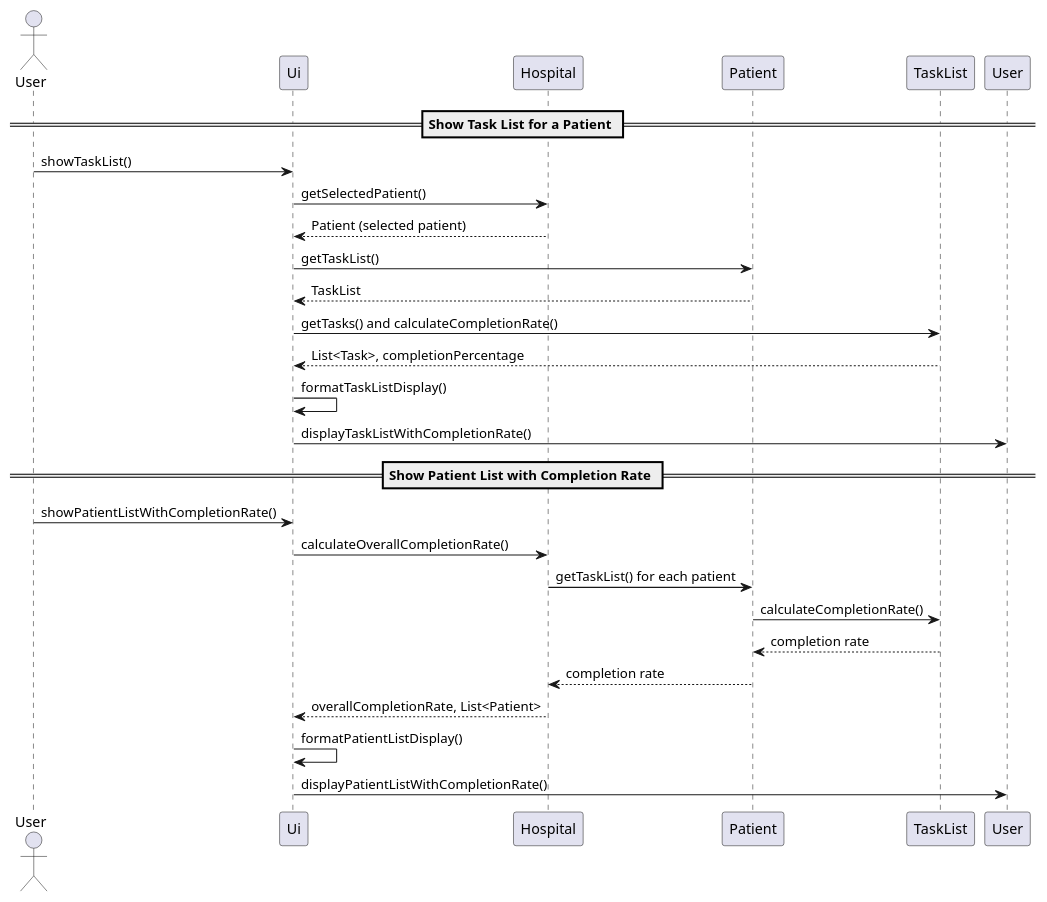
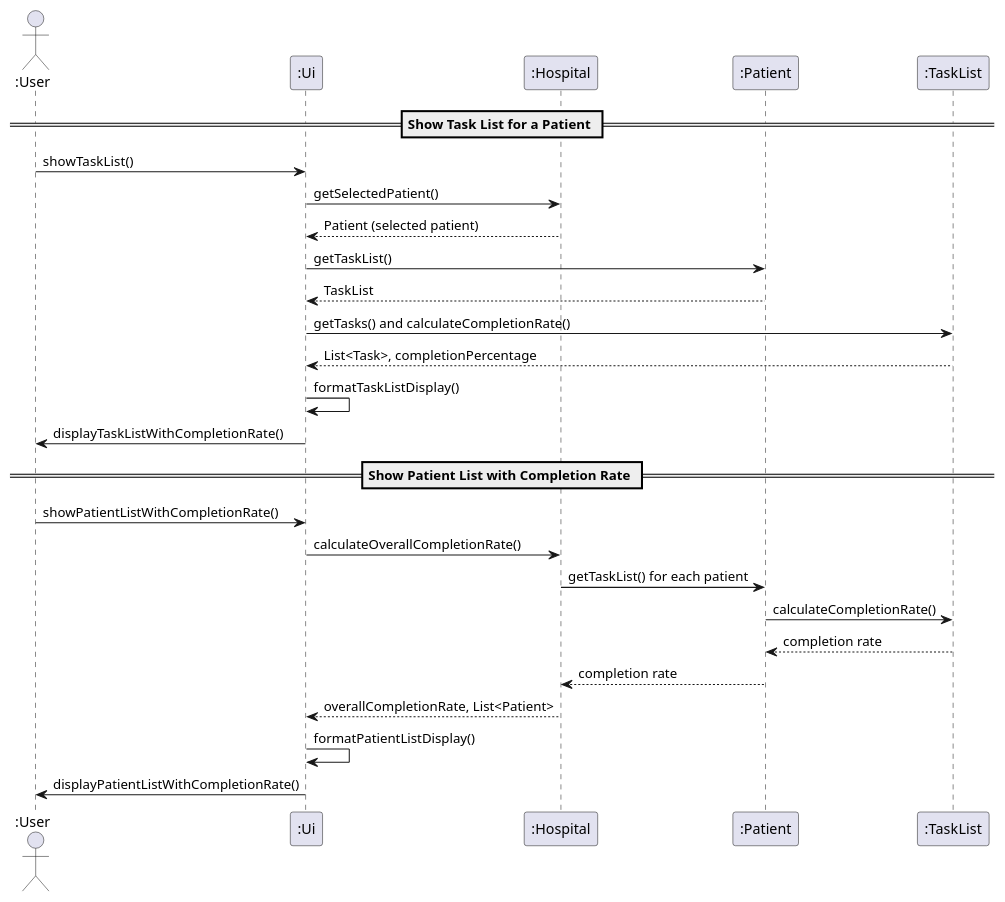
One commit to nus-cs2113-AY2425S1/tp changed the diagram in docs/diagrams/CompletionRateSequenceDiagram.puml. Above: the diagram before and after it, drawn with PlantUML. The commit also changed 5 other files, not shown here.

Commit message:
update diagrams based on teacher feedback

```diff
--- a/docs/diagrams/CompletionRateSequenceDiagram.puml
+++ b/docs/diagrams/CompletionRateSequenceDiagram.puml
@@ -1,36 +1,36 @@
 @startuml
-actor User as user
-participant Ui
-participant Hospital
-participant Patient
-participant TaskList
+actor ":User" as user
+participant ":Ui" as Ui
+participant ":Hospital" as Hospital
+participant ":Patient" as Patient
+participant ":TaskList" as TaskList
 
 == Show Task List for a Patient ==
 user -> Ui : showTaskList()
 Ui -> Hospital : getSelectedPatient()
 Hospital --> Ui : Patient (selected patient)
 
 Ui -> Patient : getTaskList()
 Patient --> Ui : TaskList
 
 Ui -> TaskList : getTasks() and calculateCompletionRate()
 TaskList --> Ui : List<Task>, completionPercentage
 
 Ui -> Ui : formatTaskListDisplay()
 
-Ui -> User : displayTaskListWithCompletionRate()
+Ui -> user : displayTaskListWithCompletionRate()
 
 == Show Patient List with Completion Rate ==
 user -> Ui : showPatientListWithCompletionRate()
 Ui -> Hospital : calculateOverallCompletionRate()
 Hospital -> Patient : getTaskList() for each patient
 Patient -> TaskList : calculateCompletionRate()
 TaskList --> Patient : completion rate
 Patient --> Hospital : completion rate
 Hospital --> Ui : overallCompletionRate, List<Patient>
 
 Ui -> Ui : formatPatientListDisplay()
 
-Ui -> User : displayPatientListWithCompletionRate()
+Ui -> user : displayPatientListWithCompletionRate()
 
 @enduml
```
